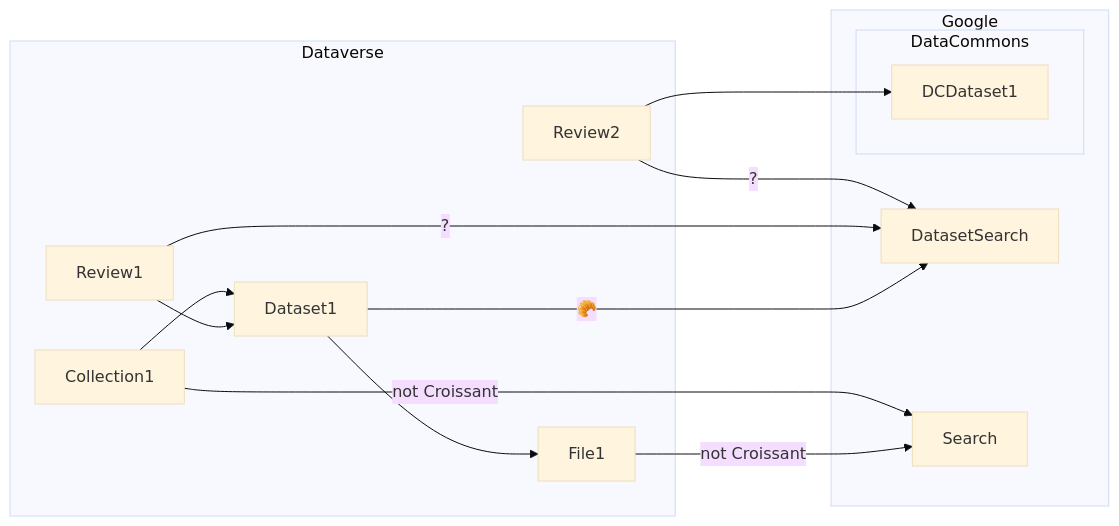
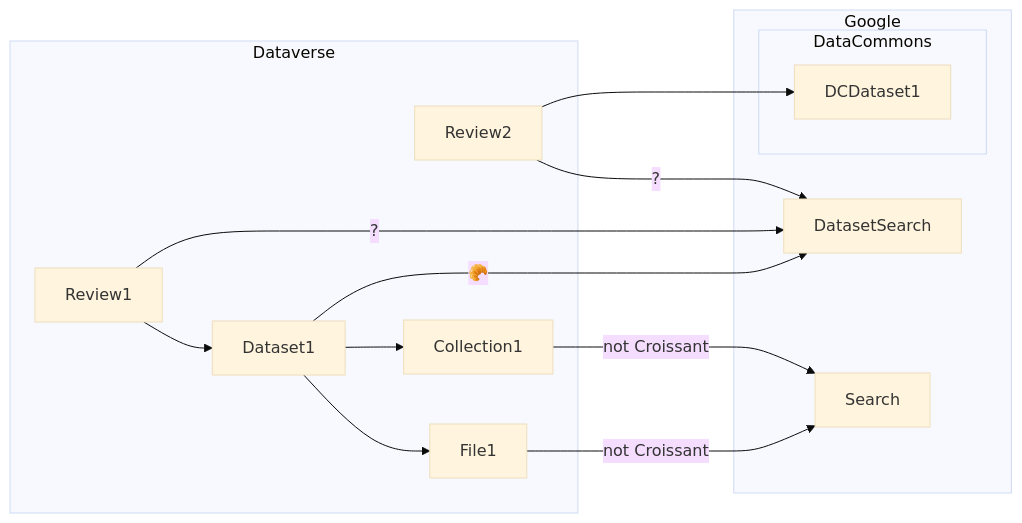
One commit to IQSS/dataverse-pm changed the diagram in 425-trusted-data/diagram.md. Above: the diagram before and after it, drawn with Mermaid (base theme).

````diff
--- a/425-trusted-data/diagram.md
+++ b/425-trusted-data/diagram.md
@@ -1,22 +1,22 @@
 ```mermaid
 flowchart LR
 subgraph Google
 subgraph DataCommons
 DCDataset1
 end
 DatasetSearch
 Search
 end
 
 subgraph Dataverse
-Collection1 --> Dataset1
+Dataset1 --> Collection1
 Collection1 -- not Croissant --> Search
 Review2 --> DCDataset1
 Review2 -- ? --> DatasetSearch
 Dataset1 --> File1
 File1 -- not Croissant --> Search
 Review1 --> Dataset1 
 Review1 -- ? --> DatasetSearch
 Dataset1 -- 🥐 --> DatasetSearch
 end
 ```
````
